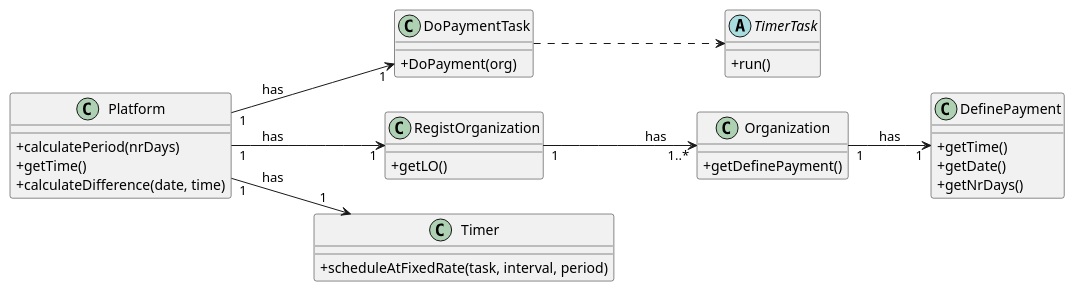
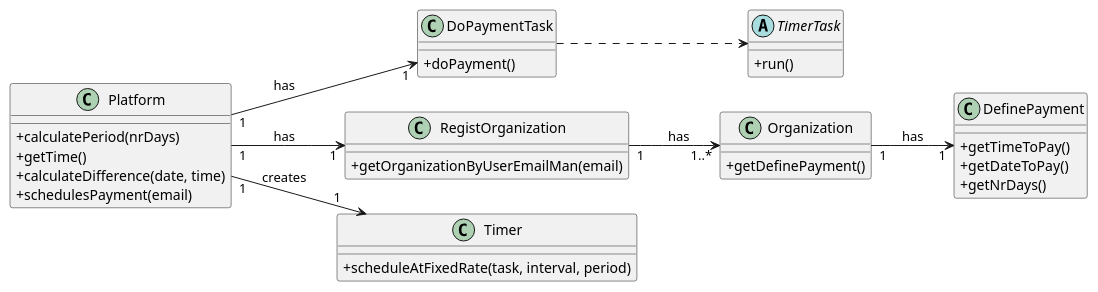
The diagram in docs/UC7 - Do Payment Automatically/UC7_CD.puml (1190452/LAPR2), drawn with PlantUML before and after one commit. The commit also changed 5 other files, not shown here.

```diff
--- a/docs/UC7 - Do Payment Automatically/UC7_CD.puml
+++ b/docs/UC7 - Do Payment Automatically/UC7_CD.puml
@@ -1,43 +1,44 @@
 @startuml
 skinparam classAttributeIconSize 0
 left to right direction
 
 class Platform{
     +calculatePeriod(nrDays)
     +getTime()
     +calculateDifference(date, time)
+    +schedulesPayment(email)
 }
 
 class DoPaymentTask{
-    +DoPayment(org)
+    +doPayment()
 }
 
 abstract TimerTask{
     +run()
 }
 
 class RegistOrganization {
-    +getLO()
+    +getOrganizationByUserEmailMan(email)
 }
 
 class Organization {
     +getDefinePayment()
 }
 
 class DefinePayment {
-    +getTime()
-    +getDate()
+    +getTimeToPay()
+    +getDateToPay()
     +getNrDays()
 }
 
 class Timer{
     +scheduleAtFixedRate(task, interval, period)
 }
 DoPaymentTask ..> TimerTask
 Platform "1" --> "1" DoPaymentTask : has
 Platform "1" --> "1" RegistOrganization : has
 RegistOrganization "1" --> "1..*" Organization : has
 Organization "1" --> "1" DefinePayment : has
-Platform "1" --> "1" Timer : has
+Platform "1" --> "1" Timer : creates
 
 @enduml
```
